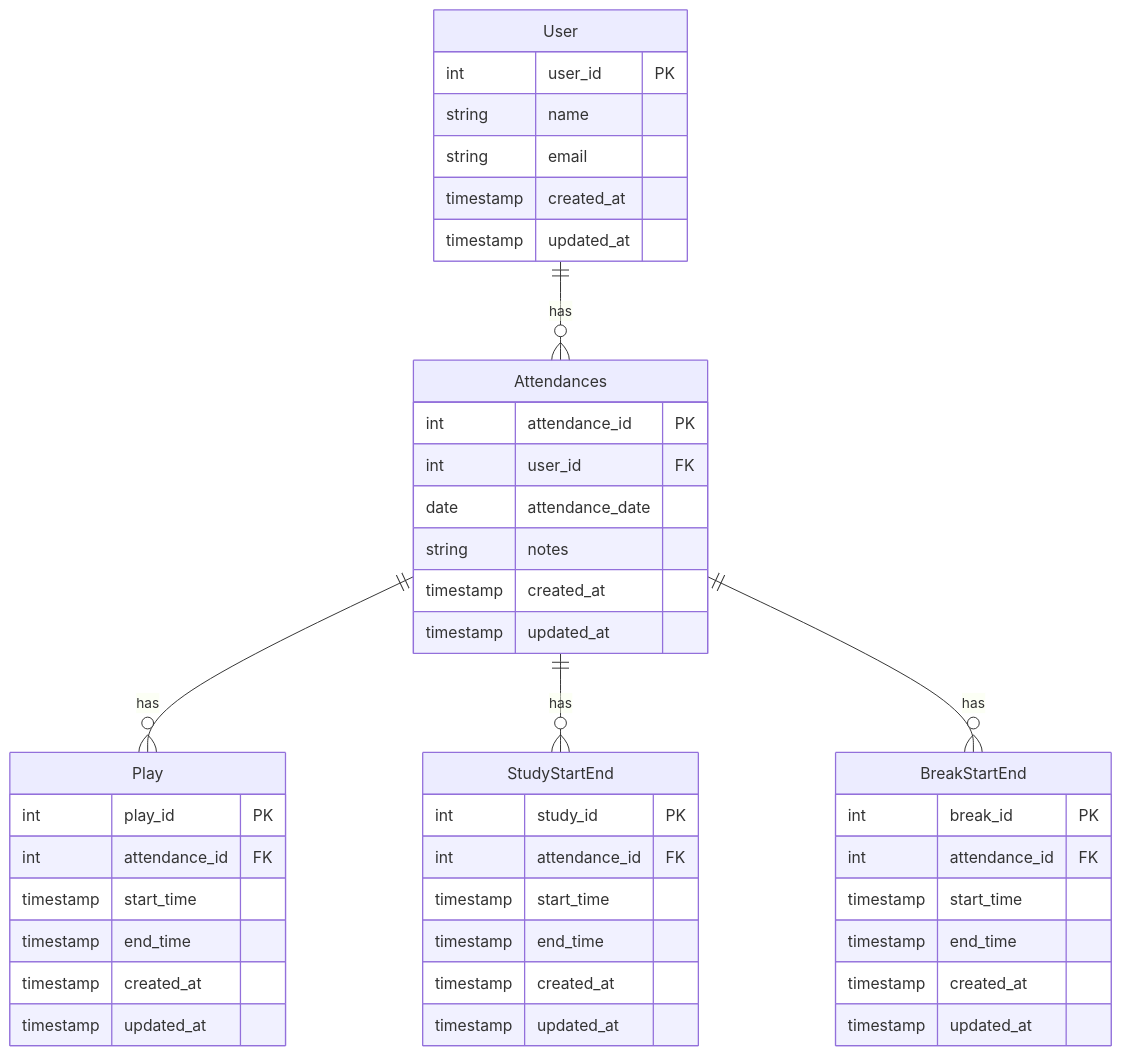
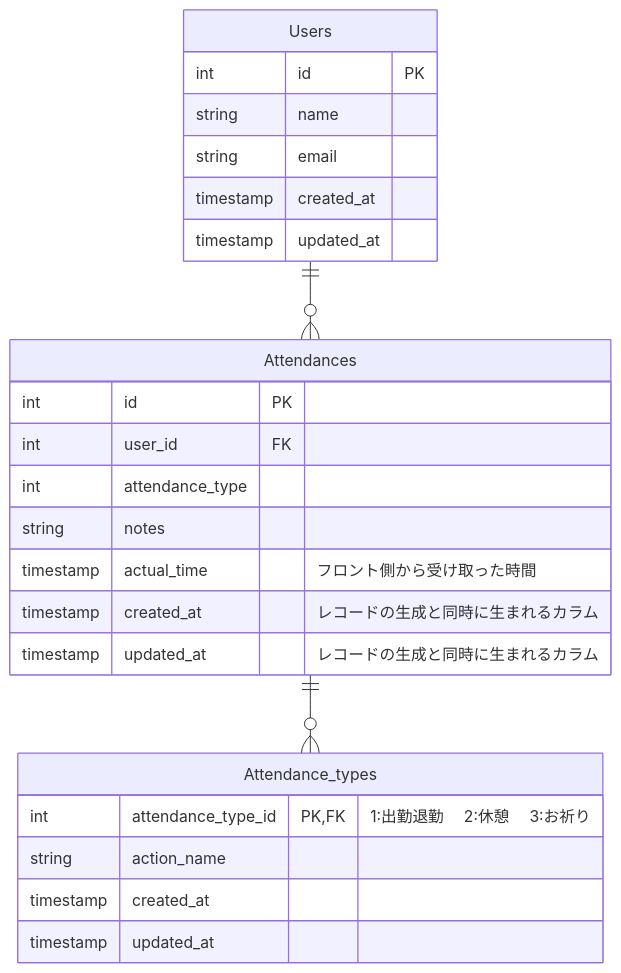
Before and after one commit to yoshimi-I/AttendanceApp: the diagram in samples/er.md, drawn with Mermaid. The commit also changed 7 other files, not shown here.

````diff
--- a/samples/er.md
+++ b/samples/er.md
@@ -1,52 +1,31 @@
 ```mermaid
 erDiagram
-    User ||--o{ Attendances : "has"
-    Attendances ||--o{ Play : "has"
-    Attendances ||--o{ StudyStartEnd : "has"
-    Attendances ||--o{ BreakStartEnd : "has"
+    Users ||--o{ Attendances : ""
+    Attendances ||--o{ Attendance_types : ""
 
-    User {
-        int user_id PK
+    Users {
+        int id PK
         string name
         string email
         timestamp created_at
         timestamp updated_at
     }
 
     Attendances {
-        int attendance_id PK
+        int id PK
         int user_id FK
-        date attendance_date
+        int attendance_type 
         string notes
+        timestamp actual_time "フロント側から受け取った時間"
+        timestamp created_at　"レコードの生成と同時に生まれるカラム"
+        timestamp updated_at　"レコードの生成と同時に生まれるカラム"
+    }
+    Attendance_types {
+        int attendance_type_id PK,FK"1:出勤退勤 　2:休憩 　3:お祈り" 
+        string action_name
         timestamp created_at
         timestamp updated_at
     }
 
-    Play {
-        int play_id PK
-        int attendance_id FK
-        timestamp start_time
-        timestamp end_time
-        timestamp created_at
-        timestamp updated_at
-    }
-
-    StudyStartEnd {
-        int study_id PK
-        int attendance_id FK
-        timestamp start_time
-        timestamp end_time
-        timestamp created_at
-        timestamp updated_at
-    }
-
-    BreakStartEnd {
-        int break_id PK
-        int attendance_id FK
-        timestamp start_time
-        timestamp end_time
-        timestamp created_at
-        timestamp updated_at
-    }
 
 ```
````
